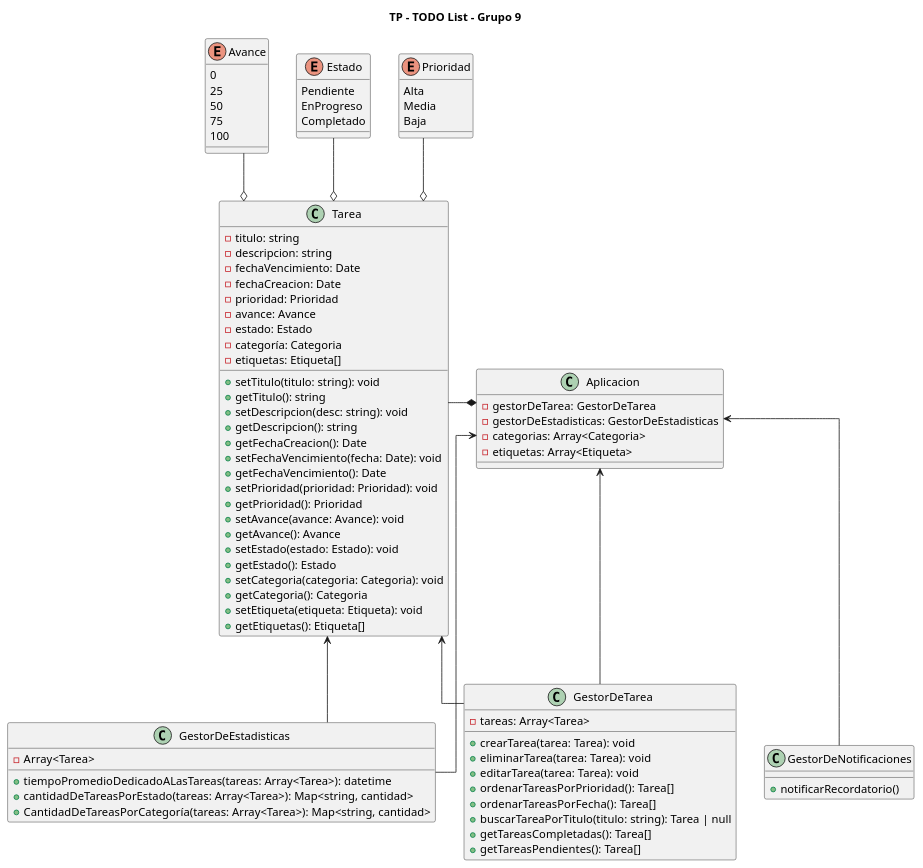
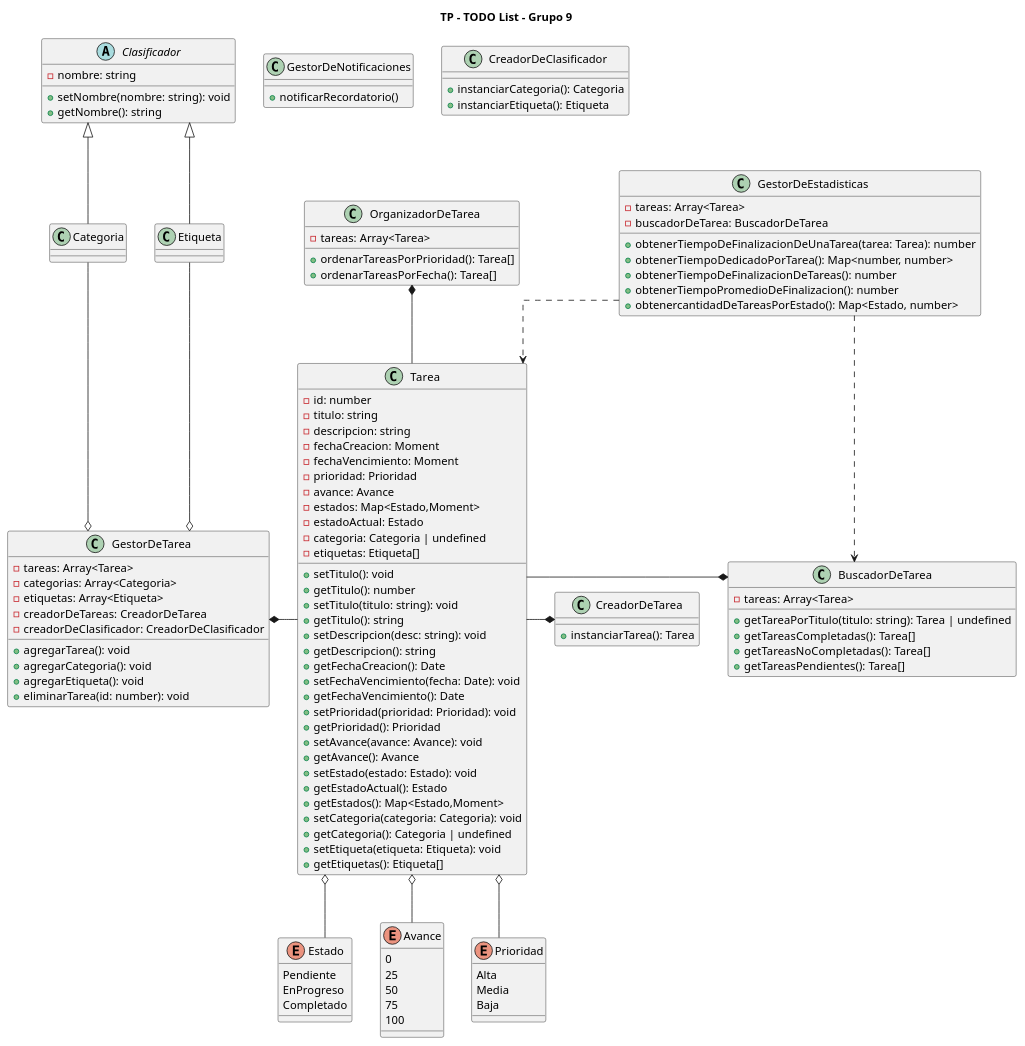
Before and after one commit to FrancisLuna/ToDo-POO-Grupo-9: the diagram in Diagrama/diagrama2.puml, drawn with PlantUML.

Commit message:
Docs: Actualizo el diagrama con los nuevos métodos y clases.

```diff
--- a/Diagrama/diagrama2.puml
+++ b/Diagrama/diagrama2.puml
@@ -1,95 +1,140 @@
 @startuml ToDoList
 
 title TP - TODO List - Grupo 9
 skinparam lineType ortho
 
-class Aplicacion{
-    - gestorDeTarea: GestorDeTarea
-    - gestorDeEstadisticas: GestorDeEstadisticas
-    - categorias: Array<Categoria>
-    - etiquetas: Array<Etiqueta>
-}
-
-class GestorDeEstadisticas{
-    - Array<Tarea>
-    + tiempoPromedioDedicadoALasTareas(tareas: Array<Tarea>): datetime
-    + cantidadDeTareasPorEstado(tareas: Array<Tarea>): Map<string, cantidad>
-    + CantidadDeTareasPorCategoría(tareas: Array<Tarea>): Map<string, cantidad>
-}
-
-class GestorDeNotificaciones{
-    + notificarRecordatorio()
-}
-
 class Tarea{
-    - titulo: string
-    - descripcion: string
-    - fechaVencimiento: Date
-    - fechaCreacion: Date
-    - prioridad: Prioridad
-    - avance: Avance
-    - estado: Estado
-    - categoría: Categoria
-    - etiquetas: Etiqueta[]
+   - id: number
+   - titulo: string
+   - descripcion: string
+   - fechaCreacion: Moment
+   - fechaVencimiento: Moment
+   - prioridad: Prioridad
+   - avance: Avance
+   - estados: Map<Estado,Moment>
+   - estadoActual: Estado
+   - categoria: Categoria | undefined
+   - etiquetas: Etiqueta[]
     
+    + setTitulo(): void
+    + getTitulo(): number
     + setTitulo(titulo: string): void
     + getTitulo(): string
     + setDescripcion(desc: string): void
     + getDescripcion(): string
     + getFechaCreacion(): Date
     + setFechaVencimiento(fecha: Date): void
     + getFechaVencimiento(): Date
     + setPrioridad(prioridad: Prioridad): void
     + getPrioridad(): Prioridad
     + setAvance(avance: Avance): void
     + getAvance(): Avance
     + setEstado(estado: Estado): void
-    + getEstado(): Estado
+    + getEstadoActual(): Estado
+    + getEstados(): Map<Estado,Moment>
     + setCategoria(categoria: Categoria): void
-    + getCategoria(): Categoria
+    + getCategoria(): Categoria | undefined
     + setEtiqueta(etiqueta: Etiqueta): void
     + getEtiquetas(): Etiqueta[]
+}
+
+class CreadorDeTarea{
+    + instanciarTarea(): Tarea
+}
+
+class GestorDeTarea{
+    - tareas: Array<Tarea>
+    - categorias: Array<Categoria>
+    - etiquetas: Array<Etiqueta>
+    - creadorDeTareas: CreadorDeTarea
+    - creadorDeClasificador: CreadorDeClasificador
+
+    + agregarTarea(): void
+    + agregarCategoria(): void
+    + agregarEtiqueta(): void
+    + eliminarTarea(id: number): void
+}
+
+class BuscadorDeTarea{
+    - tareas: Array<Tarea>
+
+    + getTareaPorTitulo(titulo: string): Tarea | undefined
+    + getTareasCompletadas(): Tarea[]
+    + getTareasNoCompletadas(): Tarea[]
+    + getTareasPendientes(): Tarea[]
+}
+
+class OrganizadorDeTarea{
+    - tareas: Array<Tarea>
+
+    + ordenarTareasPorPrioridad(): Tarea[]
+    + ordenarTareasPorFecha(): Tarea[]
+}
+
+class GestorDeEstadisticas{
+    - tareas: Array<Tarea>
+    - buscadorDeTarea: BuscadorDeTarea
+
+    + obtenerTiempoDeFinalizacionDeUnaTarea(tarea: Tarea): number
+    + obtenerTiempoDedicadoPorTarea(): Map<number, number>
+    + obtenerTiempoDeFinalizacionDeTareas(): number
+    + obtenerTiempoPromedioDeFinalizacion(): number
+    + obtenercantidadDeTareasPorEstado(): Map<Estado, number>
+}
+
+class GestorDeNotificaciones{
+    + notificarRecordatorio()
+}
+
+abstract class Clasificador{
+    - nombre: string
+
+    + setNombre(nombre: string): void
+    + getNombre(): string
+}
+
+class Categoria extends Clasificador{}
+class Etiqueta extends Clasificador{}
+
+class CreadorDeClasificador{
+    + instanciarCategoria(): Categoria
+    + instanciarEtiqueta(): Etiqueta
 }
 
 ENUM Estado{
     Pendiente
     EnProgreso
     Completado
 }
 
 ENUM Avance{
     0
     25
     50
     75
     100
 }
 
 ENUM Prioridad{
     Alta
     Media
     Baja
 }
 
-class GestorDeTarea{
-    - tareas: Array<Tarea>
-    + crearTarea(tarea: Tarea): void
-    + eliminarTarea(tarea: Tarea): void
-    + editarTarea(tarea: Tarea): void
-    + ordenarTareasPorPrioridad(): Tarea[]
-    + ordenarTareasPorFecha(): Tarea[]
-    + buscarTareaPorTitulo(titulo: string): Tarea | null
-    + getTareasCompletadas(): Tarea[]
-    + getTareasPendientes(): Tarea[]
-}
+GestorDeEstadisticas ..> Tarea
+GestorDeEstadisticas ..> BuscadorDeTarea
+GestorDeTarea *-right- Tarea
+Etiqueta --o GestorDeTarea
+Categoria --o GestorDeTarea
+CreadorDeTarea *-left- Tarea
+BuscadorDeTarea *-left- Tarea
+OrganizadorDeTarea *-- Tarea
 
-Aplicacion <-- GestorDeTarea
-Aplicacion <-- GestorDeEstadisticas
-Aplicacion <-- GestorDeNotificaciones
-GestorDeEstadisticas --> Tarea
-GestorDeTarea --> Tarea
-Tarea -right-* Aplicacion
-Tarea o-up- Prioridad
-Tarea o-up- Estado
-Tarea o-up- Avance
+/' CreadorDeClasificador *-- Etiqueta
+CreadorDeClasificador *-- Categoria '/
+
+Tarea o-- Prioridad
+Tarea o-- Estado
+Tarea o-- Avance
+
 @enduml
```
